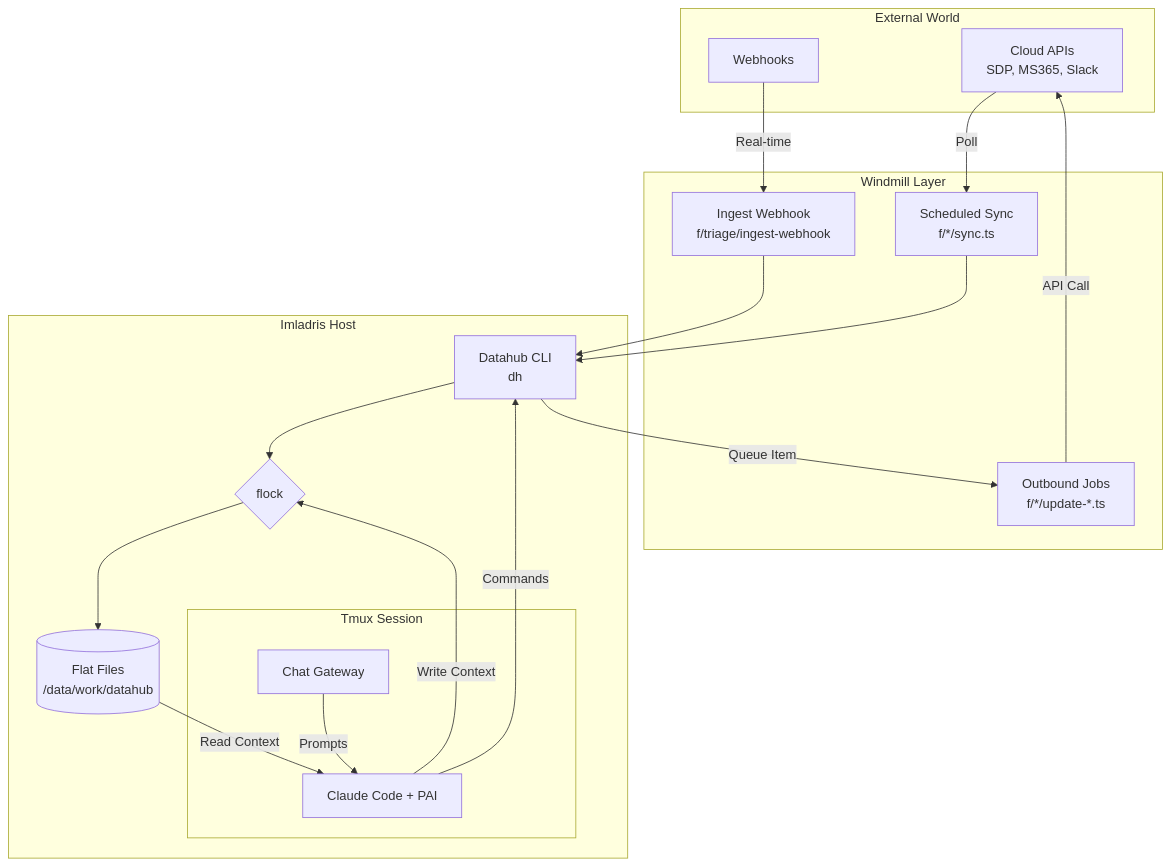
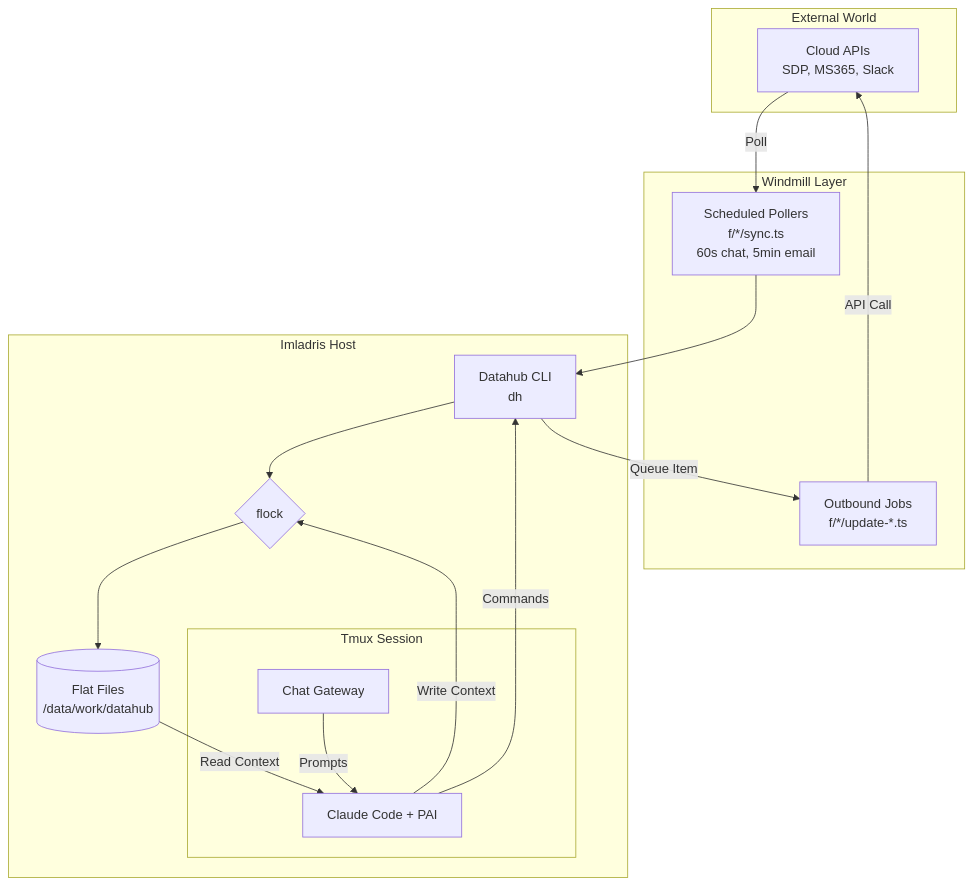
Before and after one commit to sethdf/imladris: the diagram in docs/design/SPEC.md, drawn with Mermaid. The commit also changed other lines of this file, not shown here.

First line of the commit message:
Simplify to polling-only triage (remove webhooks)

````diff
--- a/docs/design/SPEC.md
+++ b/docs/design/SPEC.md
@@ -275,42 +274,38 @@
 ```mermaid
 graph TD
     subgraph External [External World]
         API[Cloud APIs<br/>SDP, MS365, Slack]
-        WH[Webhooks]
     end
 
     subgraph Gateway [Windmill Layer]
-        In_Fast[Ingest Webhook<br/>f/triage/ingest-webhook]
-        In_Batch[Scheduled Sync<br/>f/*/sync.ts]
+        Pollers[Scheduled Pollers<br/>f/*/sync.ts<br/>60s chat, 5min email]
         Out_Job[Outbound Jobs<br/>f/*/update-*.ts]
     end
 
     subgraph Host [Imladris Host]
         DH[Datahub CLI<br/>dh]
         Files[(Flat Files<br/>/data/work/datahub)]
         Lock{flock}
 
         subgraph Workspace [Tmux Session]
             Claude[Claude Code + PAI]
             ChatGW[Chat Gateway]
         end
     end
 
-    %% Inbound Flow
-    WH -->|Real-time| In_Fast
-    API -->|Poll| In_Batch
-    In_Fast --> DH
-    In_Batch --> DH
+    %% Inbound Flow (polling only)
+    API -->|Poll| Pollers
+    Pollers --> DH
     DH --> Lock
     Lock --> Files
 
     %% Interaction Flow
     Files -->|Read Context| Claude
     Claude -->|Write Context| Lock
     Claude -->|Commands| DH
     ChatGW -->|Prompts| Claude
 
     %% Outbound Flow
     DH -->|Queue Item| Out_Job
     Out_Job -->|API Call| API
 ```
````
